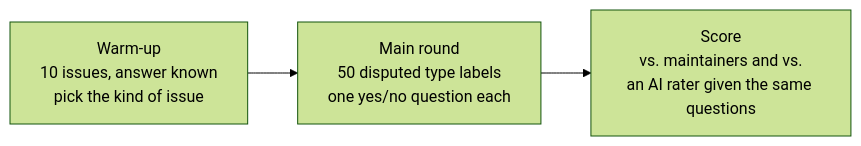
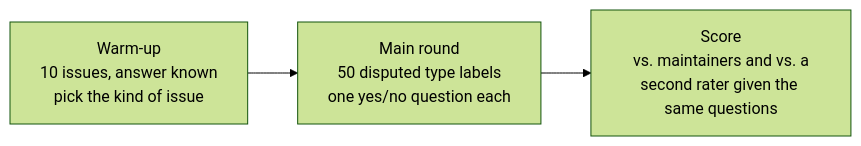
Before and after one commit to shashank11yadav/pytest-triage: the fourth of 6 diagrams in README.md, drawn with Mermaid (forest theme). The commit also changed other lines of this file and 27 other files, not shown here.

````diff
--- a/README.md
+++ b/README.md
@@ -223,5 +257,5 @@
 ```mermaid
 flowchart LR
     W["Warm-up<br/>10 issues, answer known<br/>pick the kind of issue"] --> M["Main round<br/>50 disputed type labels<br/>one yes/no question each"]
-    M --> S["Score<br/>vs. maintainers and vs.<br/>an AI rater given the same questions"]
+    M --> S["Score<br/>vs. maintainers and vs. a<br/>second rater given the same questions"]
 ```
````
